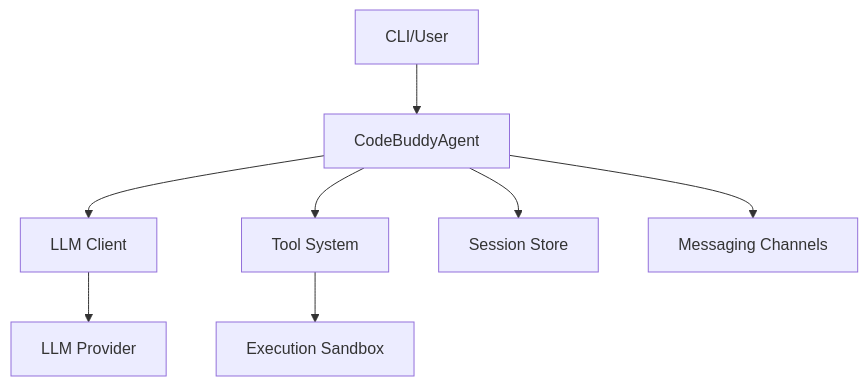
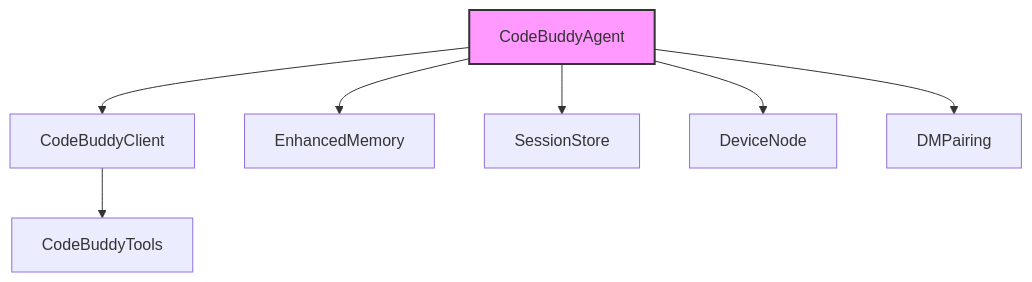
The diagram in .codebuddy/docs/1-overview.md (phuetz/code-buddy), drawn with Mermaid before and after one commit. The commit also changed other lines of this file and 54 other files, not shown here.

````diff
--- a/.codebuddy/docs/1-overview.md
+++ b/.codebuddy/docs/1-overview.md
@@ -24,10 +68,11 @@
 ```mermaid
 graph TD
-    User[CLI/User] --> Agent[CodeBuddyAgent]
-    Agent --> Client[LLM Client]
-    Client --> Provider[LLM Provider]
-    Agent --> Tools[Tool System]
-    Tools --> Sandbox[Execution Sandbox]
-    Agent --> Memory[Session Store]
-    Agent --> Channels[Messaging Channels]
+    Agent[CodeBuddyAgent] --> Client[CodeBuddyClient]
+    Agent --> Memory[EnhancedMemory]
+    Agent --> Session[SessionStore]
+    Agent --> Device[DeviceNode]
+    Agent --> Pairing[DMPairing]
+    Client --> Tools[CodeBuddyTools]
+    
+    style Agent fill:#f9f,stroke:#333,stroke-width:2px
 ```
````
